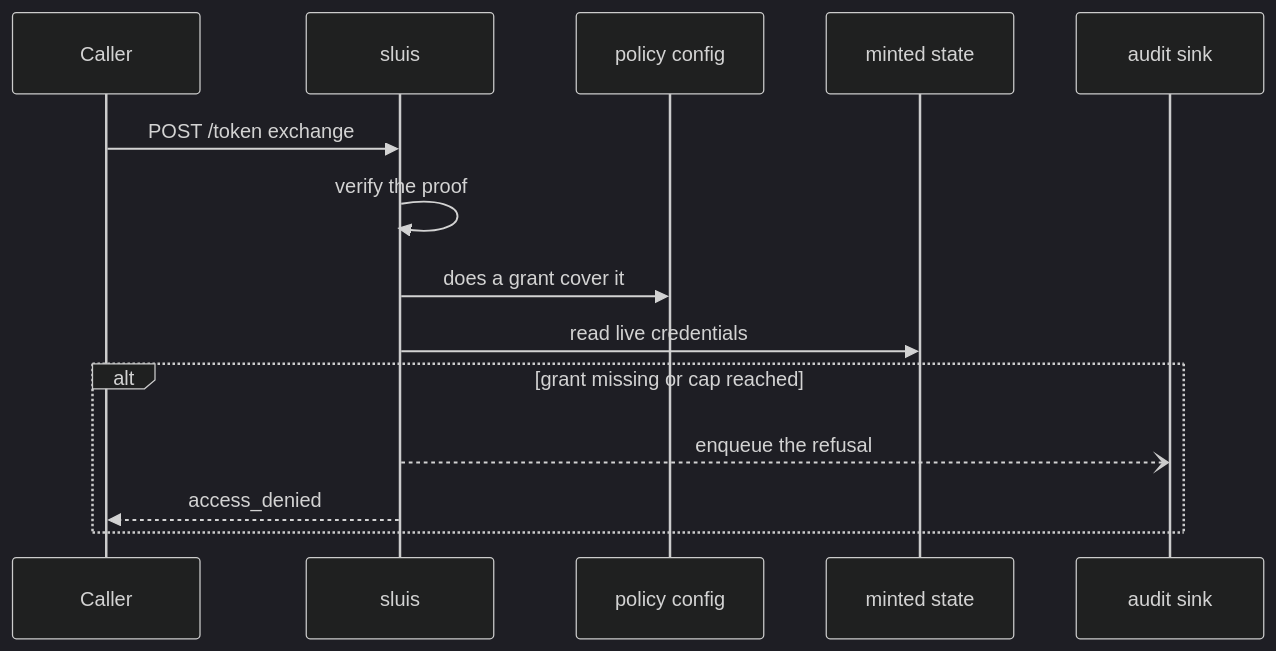
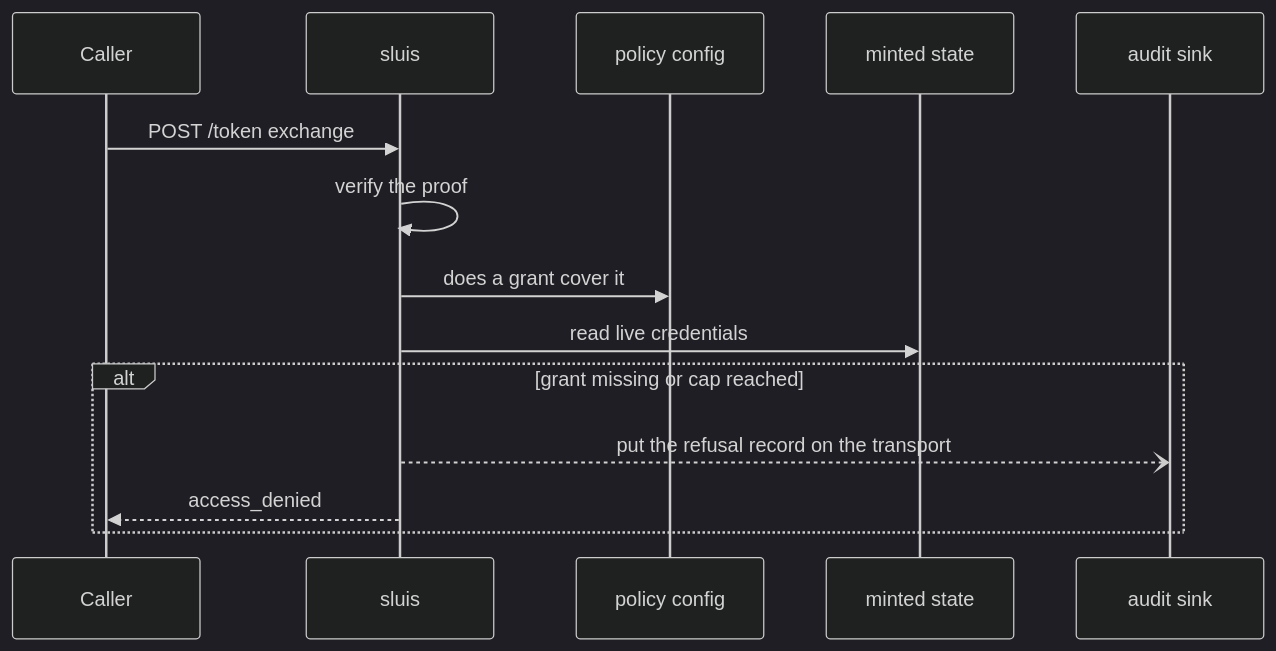
One commit to truvity/sluis changed the fourth of 5 diagrams in docs/architecture/context.md. Above: the diagram before and after it, drawn with Mermaid (dark theme). The commit also changed other lines of this file and 63 other files, not shown here.

````diff
--- a/docs/architecture/context.md
+++ b/docs/architecture/context.md
@@ -233,16 +233,16 @@
 ```mermaid
 sequenceDiagram
   participant J as Caller
   participant S as sluis
   participant C as policy config
   participant ST as minted state
   participant A as audit sink
   J->>S: POST /token exchange
   S->>S: verify the proof
   S->>C: does a grant cover it
   S->>ST: read live credentials
   alt grant missing or cap reached
-    S--)A: enqueue the refusal
+    S--)A: put the refusal record on the transport
     S-->>J: access_denied
   end
 ```
````
